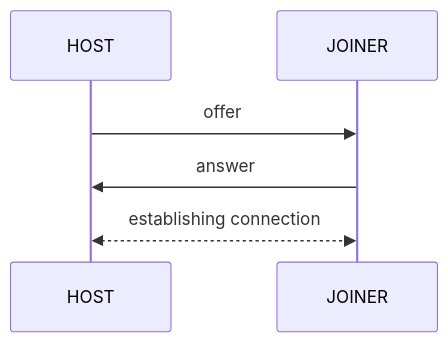
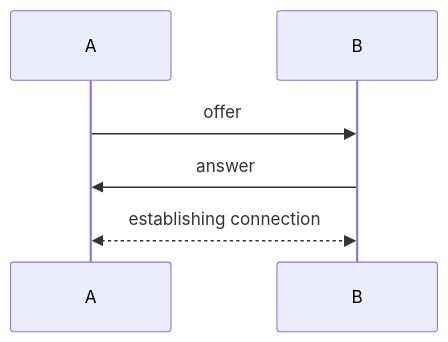
Before and after one commit to PixelQuasar/antenna: the second of 4 diagrams in docs/protocol.md, drawn with Mermaid. The commit also changed other lines of this file, not shown here.

````diff
--- a/docs/protocol.md
+++ b/docs/protocol.md
@@ -31,11 +109,11 @@
 ```mermaid
 sequenceDiagram
 
-    participant HOST
-    participant JOINER
+    participant A
+    participant B
 
-    HOST ->> JOINER: offer
-    JOINER ->> HOST: answer
-    HOST <<-->> JOINER: establishing connection
+    A ->> B: offer
+    B ->> A: answer
+    A <<-->> B: establishing connection
 
 ```
````
